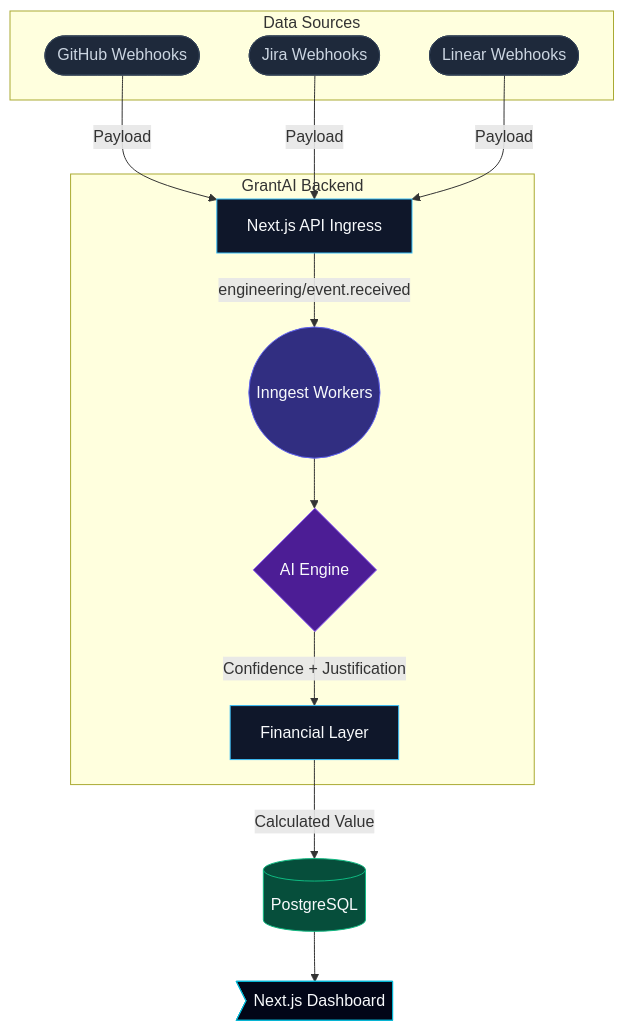
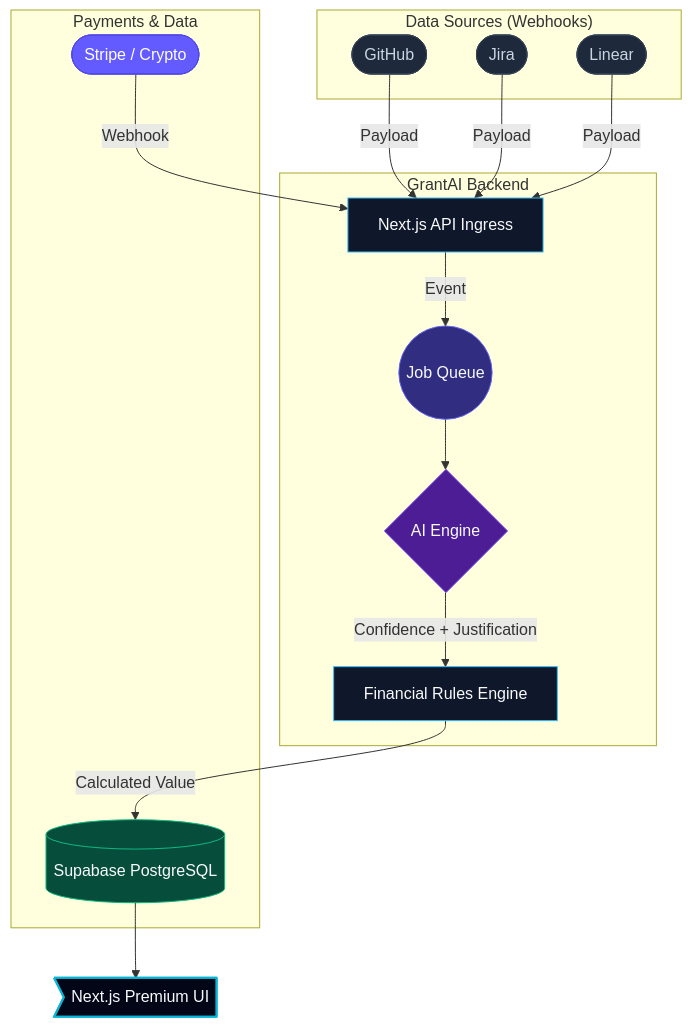
Before and after one commit to niswa123/GrantAI: the diagram in README.md, drawn with Mermaid. The commit also changed other lines of this file and 33 other files, not shown here.

Commit message:
feat: complete end-to-end payment integration with Stripe and NOWPayments, including in-app billing portal and premium pricing UI updates

````diff
--- a/README.md
+++ b/README.md
@@ -72,36 +107,42 @@
 ```mermaid
 graph TD;
-    subgraph "Data Sources"
-      GH([GitHub Webhooks]):::source
-      JR([Jira Webhooks]):::source
-      LN([Linear Webhooks]):::source
+    subgraph "Data Sources (Webhooks)"
+      GH([GitHub]):::source
+      JR([Jira]):::source
+      LN([Linear]):::source
     end
 
     subgraph "GrantAI Backend"
       API[Next.js API Ingress]:::backend
-      ING((Inngest Workers)):::worker
+      ING((Job Queue)):::worker
       AI{AI Engine}:::ai
-      FIN[Financial Layer]:::backend
+      FIN[Financial Rules Engine]:::backend
     end
 
-    DB[(PostgreSQL)]:::database
-    UI>Next.js Dashboard]:::ui
+    subgraph "Payments & Data"
+      STR([Stripe / Crypto]):::payment
+      DB[(Supabase PostgreSQL)]:::database
+    end
+
+    UI>Next.js Premium UI]:::ui
 
     GH -->|Payload| API
     JR -->|Payload| API
     LN -->|Payload| API
 
-    API -->|engineering/event.received| ING
+    API -->|Event| ING
     ING --> AI
     AI -->|Confidence + Justification| FIN
     FIN -->|Calculated Value| DB
+    STR -->|Webhook| API
     
     DB --> UI
 
     classDef source fill:#1e293b,stroke:#334155,color:#cbd5e1;
     classDef backend fill:#0f172a,stroke:#38bdf8,color:#f8fafc;
     classDef worker fill:#312e81,stroke:#6366f1,color:#f8fafc;
     classDef ai fill:#4c1d95,stroke:#8b5cf6,color:#f8fafc;
     classDef database fill:#064e3b,stroke:#10b981,color:#f8fafc;
-    classDef ui fill:#020617,stroke:#06b6d4,color:#f8fafc;
+    classDef payment fill:#635BFF,stroke:#4f46e5,color:#ffffff;
+    classDef ui fill:#020617,stroke:#06b6d4,color:#f8fafc,stroke-width:2px;
 ```
````
